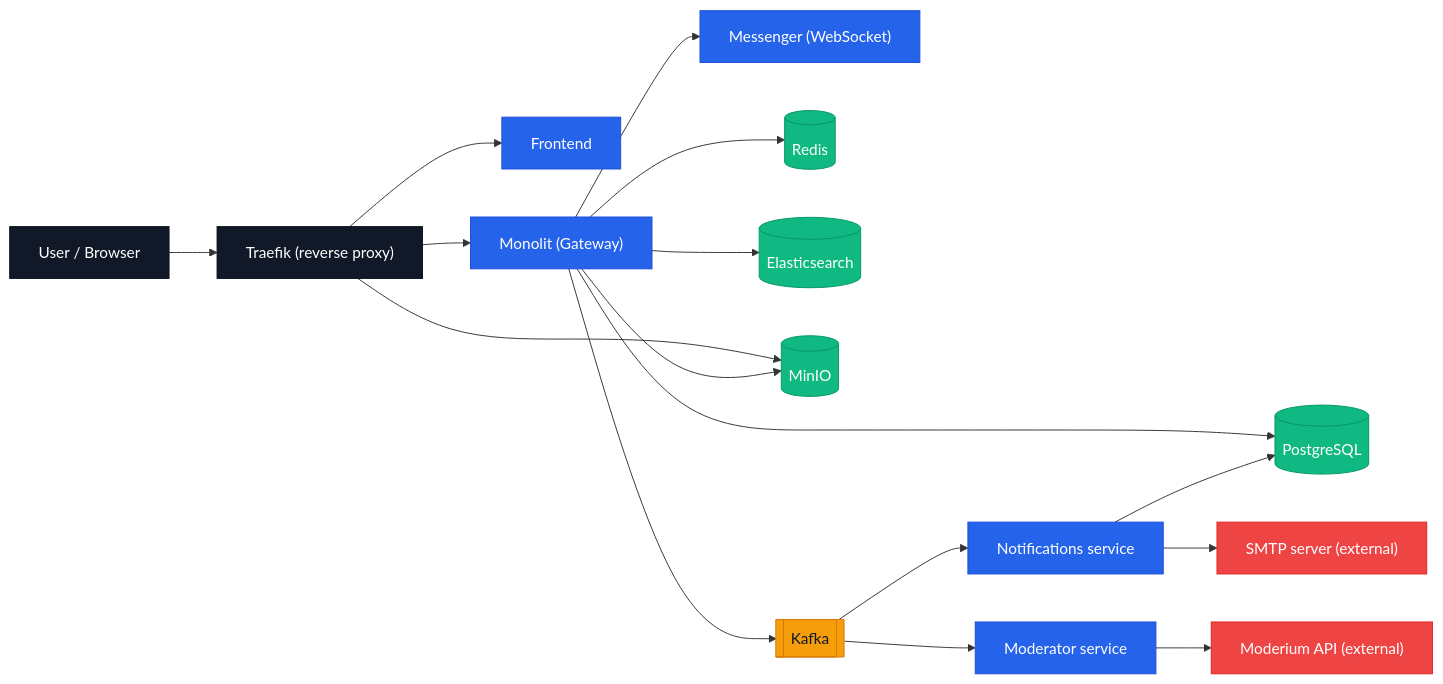
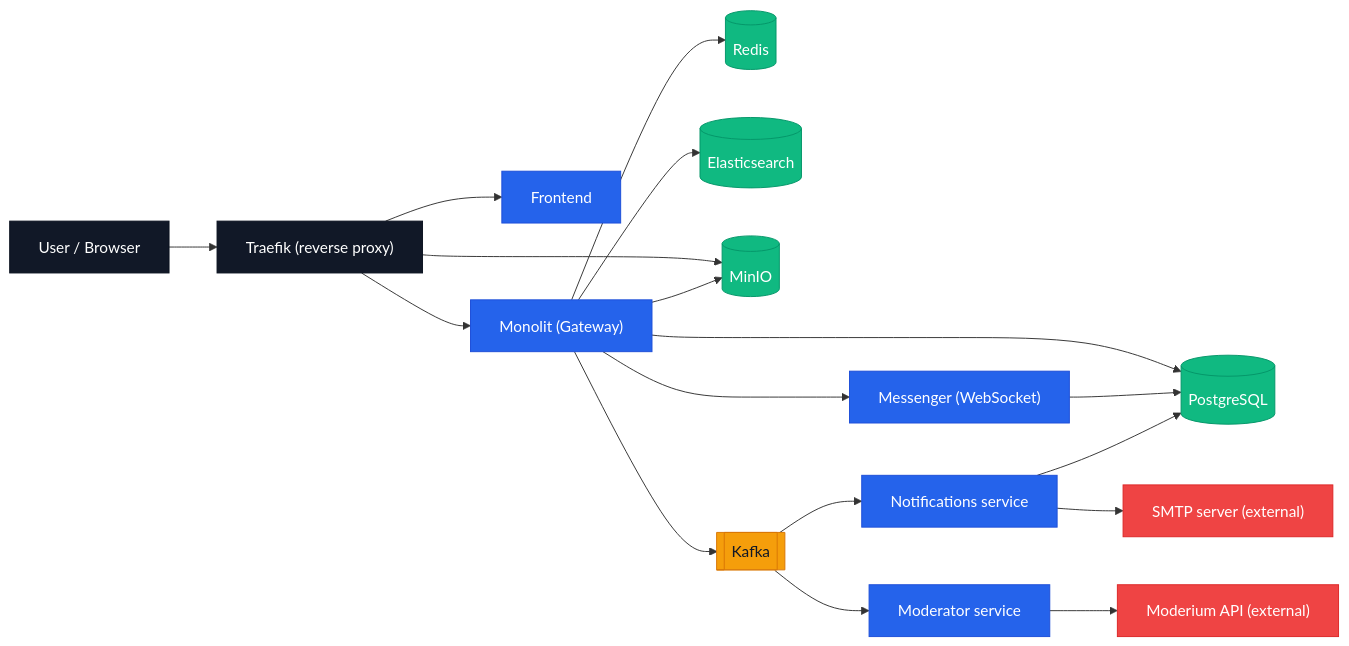
Before and after one commit to Funduk3/pitomets: the diagram in README.md, drawn with Mermaid.

````diff
--- a/README.md
+++ b/README.md
@@ -14,50 +14,51 @@
 ```mermaid
 graph LR
   U["User / Browser"]
   TRAE["Traefik (reverse proxy)"]
   FE["Frontend"]
   API["Monolit (Gateway)"]
   WS["Messenger (WebSocket)"]
 
   PG[(PostgreSQL)]
   R[(Redis)]
   ES[(Elasticsearch)]
   S3[(MinIO)]
   K[[Kafka]]
 
   MOD["Moderator service"]
   NTF["Notifications service"]
   MODAPI["Moderium API (external)"]
   SMTP["SMTP server (external)"]
 
   U --> TRAE
   TRAE --> FE
   TRAE --> API
   TRAE --> S3
 
   API --> PG
   API --> R
   API --> ES
   API --> S3
   API --> WS
   API --> K
+  WS --> PG
 
   K --> NTF
   K --> MOD
   MOD --> MODAPI
   NTF --> SMTP
   NTF --> PG
 
   %% Styling (services vs data vs external)
   classDef edge fill:#111827,stroke:#0b1220,color:#ffffff;
   classDef svc fill:#2563eb,stroke:#1d4ed8,color:#ffffff;
   classDef data fill:#10b981,stroke:#059669,color:#ffffff;
   classDef bus fill:#f59e0b,stroke:#d97706,color:#111827;
   classDef ext fill:#ef4444,stroke:#dc2626,color:#ffffff;
 
   class U,TRAE edge;
   class FE,API,WS,MOD,NTF svc;
   class PG,R,ES,S3 data;
   class K bus;
   class MODAPI,SMTP ext;
 ```
````
